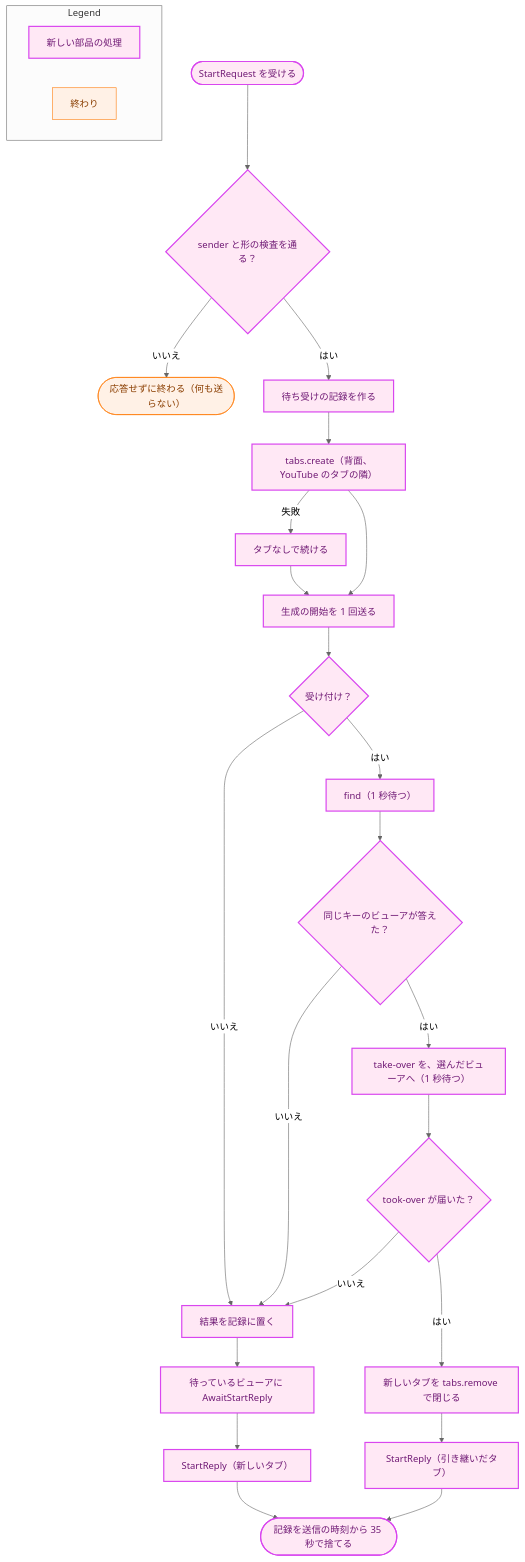
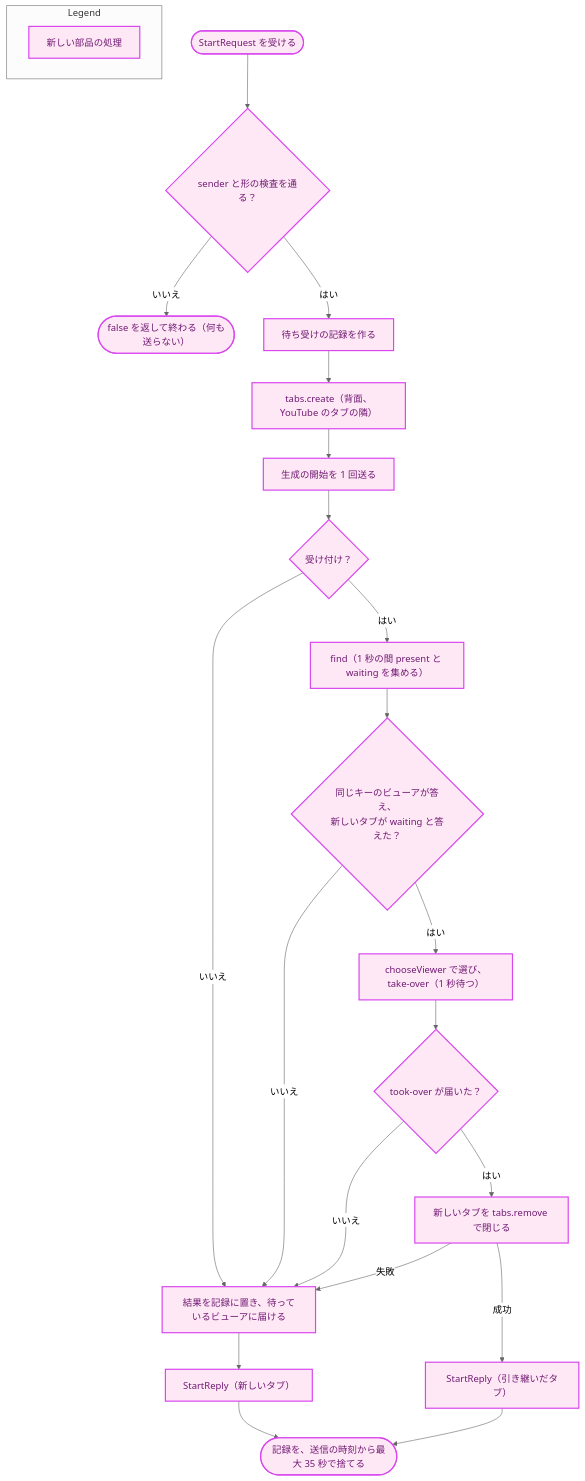
Before and after one commit to isseis/yt2column: the sixth of 11 diagrams in docs/tasks/0050_viewer_tab/02_architecture.md, drawn with Mermaid (neutral theme). The commit also changed other lines of this file, not shown here.

First line of the commit message:
docs(0050): address the architecture review and polish the Japanese

````diff
--- a/docs/tasks/0050_viewer_tab/02_architecture.md
+++ b/docs/tasks/0050_viewer_tab/02_architecture.md
@@ -1032,37 +1562,31 @@
 ```mermaid
 flowchart TD
-    classDef process fill:#fff1e6,stroke:#ff7f0e,stroke-width:1px,color:#8a3e00;
     classDef newpkg fill:#ffe8f5,stroke:#d946ef,stroke-width:2px,color:#701a75;
 
     A(["StartRequest を受ける"]) --> B{"sender と形の検査を通る？"}
-    B -->|"いいえ"| Z(["応答せずに終わる（何も送らない）"])
+    B -->|"いいえ"| Z(["false を返して終わる（何も送らない）"])
     B -->|"はい"| C["待ち受けの記録を作る"]
     C --> D["tabs.create（背面、YouTube のタブの隣）"]
-    D -->|"失敗"| D2["タブなしで続ける"]
     D --> E["生成の開始を 1 回送る"]
-    D2 --> E
     E --> F{"受け付け？"}
-    F -->|"いいえ"| G["結果を記録に置く"]
-    F -->|"はい"| H["find（1 秒待つ）"]
-    H --> I{"同じキーのビューアが答えた？"}
+    F -->|"いいえ"| G["結果を記録に置き、待っているビューアに届ける"]
+    F -->|"はい"| H["find（1 秒の間 present と waiting を集める）"]
+    H --> I{"同じキーのビューアが答え、<br>新しいタブが waiting と答えた？"}
     I -->|"いいえ"| G
-    I -->|"はい"| J["take-over を、選んだビューアへ（1 秒待つ）"]
+    I -->|"はい"| J["chooseViewer で選び、take-over（1 秒待つ）"]
     J --> K{"took-over が届いた？"}
     K -->|"いいえ"| G
     K -->|"はい"| L["新しいタブを tabs.remove で閉じる"]
-    L --> M["StartReply（引き継いだタブ）"]
-    G --> N["待っているビューアに AwaitStartReply"]
-    N --> O["StartReply（新しいタブ）"]
-    M --> P(["記録を送信の時刻から 35 秒で捨てる"])
+    L -->|"失敗"| G
+    L -->|"成功"| M["StartReply（引き継いだタブ）"]
+    G --> O["StartReply（新しいタブ）"]
+    M --> P(["記録を、送信の時刻から最大 35 秒で捨てる"])
     O --> P
 
-    class A,B,C,D,D2,E,F,G,H,I,J,K,L,M,N,O,P newpkg
-    class Z process
+    class A,B,C,D,E,F,G,H,I,J,K,L,M,O,P,Z newpkg
 
     subgraph Legend["Legend"]
         L1["新しい部品の処理"]
-        L2["終わり"]
     end
     class L1 newpkg
-    class L2 process
 ```
````
